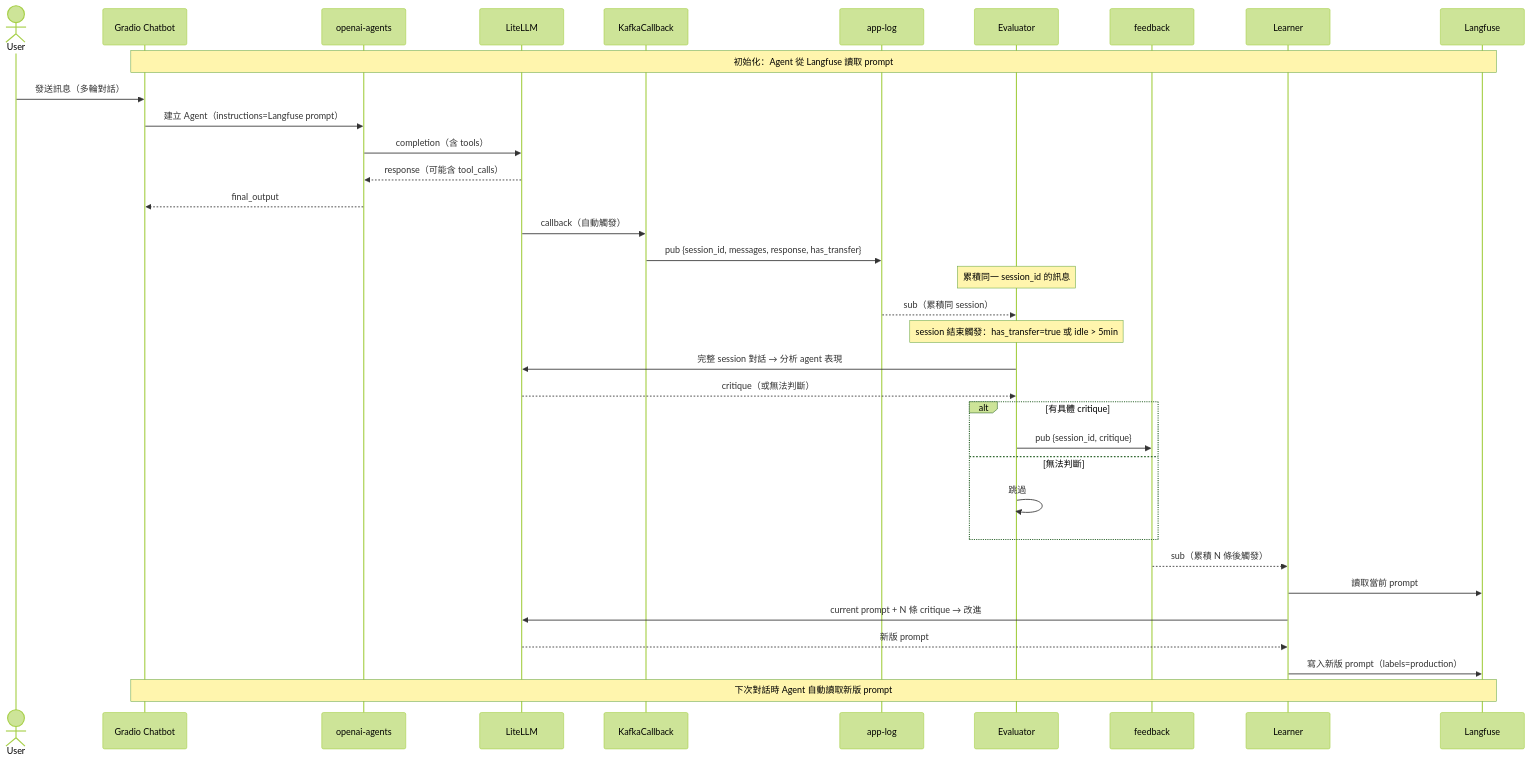
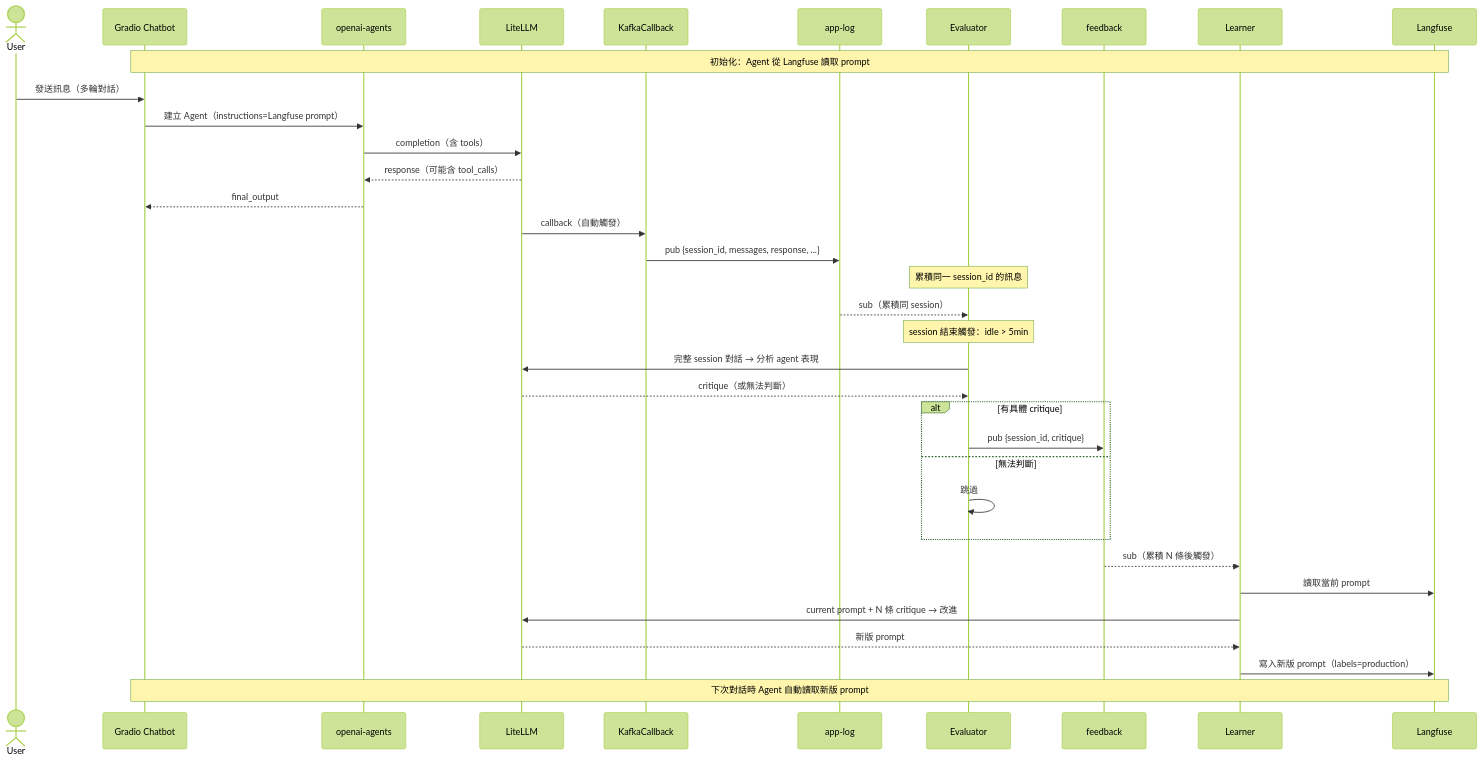
The second of 2 diagrams in docs/plan.md (zhowzeng/flywheel), drawn with Mermaid (forest theme) before and after one commit. The commit also changed other lines of this file and 3 other files, not shown here.

First line of the commit message:
refactor: remove has_transfer from Kafka callback and evaluator

````diff
--- a/docs/plan.md
+++ b/docs/plan.md
@@ -93,44 +52,44 @@
 ```mermaid
 sequenceDiagram
     actor User
     participant UI as Gradio Chatbot
     participant Agent as openai-agents
     participant LLM as LiteLLM
     participant CB as KafkaCallback
     participant AL as app-log
     participant EV as Evaluator
     participant FB as feedback
     participant LR as Learner
     participant LF as Langfuse
 
     Note over UI,LF: 初始化：Agent 從 Langfuse 讀取 prompt
 
     User->>UI: 發送訊息（多輪對話）
     UI->>Agent: 建立 Agent（instructions=Langfuse prompt）
     Agent->>LLM: completion（含 tools）
     LLM-->>Agent: response（可能含 tool_calls）
     Agent-->>UI: final_output
     LLM->>CB: callback（自動觸發）
-    CB->>AL: pub {session_id, messages, response, has_transfer}
+    CB->>AL: pub {session_id, messages, response, ...}
 
     Note over EV: 累積同一 session_id 的訊息
 
     AL-->>EV: sub（累積同 session）
-    Note over EV: session 結束觸發：has_transfer=true 或 idle > 5min
+    Note over EV: session 結束觸發：idle > 5min
 
     EV->>LLM: 完整 session 對話 → 分析 agent 表現
     LLM-->>EV: critique（或無法判斷）
     alt 有具體 critique
         EV->>FB: pub {session_id, critique}
     else 無法判斷
         EV->>EV: 跳過
     end
 
     FB-->>LR: sub（累積 N 條後觸發）
     LR->>LF: 讀取當前 prompt
     LR->>LLM: current prompt + N 條 critique → 改進
     LLM-->>LR: 新版 prompt
     LR->>LF: 寫入新版 prompt（labels=production）
 
     Note over UI,LF: 下次對話時 Agent 自動讀取新版 prompt
 ```
````
